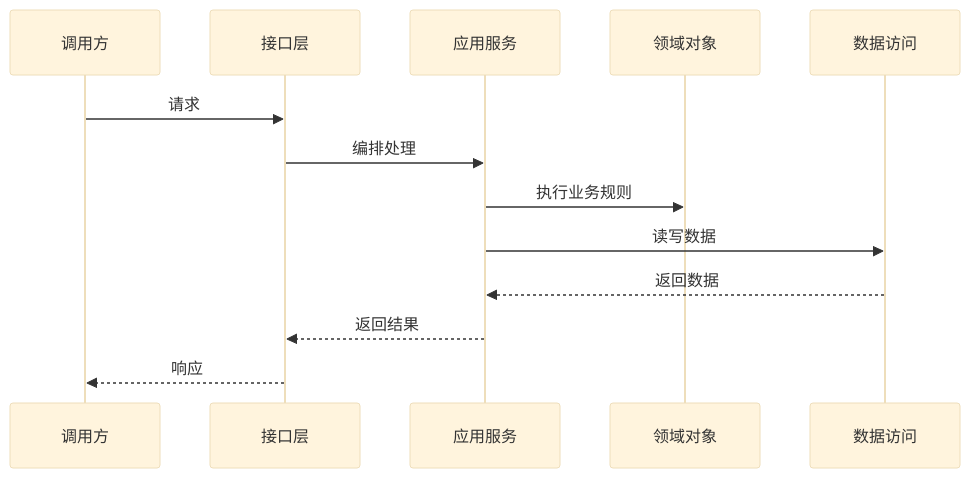
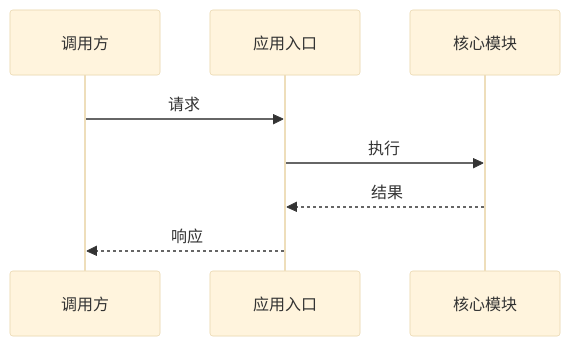
Before and after one commit to nauyiq/fons4ai-engineering: the diagram in skills/fons4ai-sdd-design/assets/templates/technical-design-template.md, drawn with Mermaid (base theme). The commit also changed other lines of this file and 57 other files, not shown here.

````diff
--- a/skills/fons4ai-sdd-design/assets/templates/technical-design-template.md
+++ b/skills/fons4ai-sdd-design/assets/templates/technical-design-template.md
@@ -43,15 +56,10 @@
 ```mermaid
 sequenceDiagram
     participant C as 调用方
-    participant API as 接口层
-    participant App as 应用服务
-    participant Domain as 领域对象
-    participant Repo as 数据访问
-    C->>API: 请求
-    API->>App: 编排处理
-    App->>Domain: 执行业务规则
-    App->>Repo: 读写数据
-    Repo-->>App: 返回数据
-    App-->>API: 返回结果
-    API-->>C: 响应
+    participant A as 应用入口
+    participant D as 核心模块
+    C->>A: 请求
+    A->>D: 执行
+    D-->>A: 结果
+    A-->>C: 响应
 ```
````
